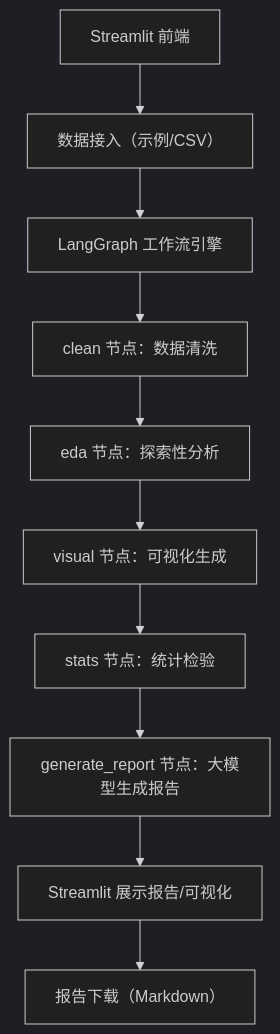
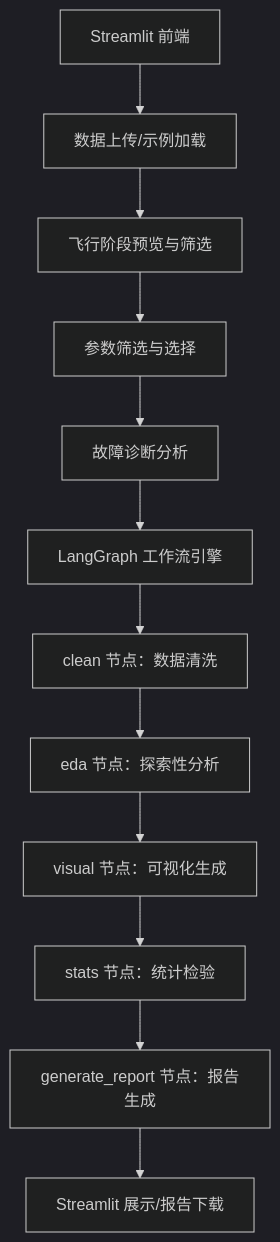
One commit to zgz-zhougz/Data-Processing-sz2507093- changed the diagram in README.md. Above: the diagram before and after it, drawn with Mermaid (dark theme). The commit also changed other lines of this file, not shown here.

````diff
--- a/README.md
+++ b/README.md
@@ -47,12 +62,14 @@
 ```mermaid
 graph TD
-    A[Streamlit 前端] --> B[数据接入（示例/CSV）]
-    B --> C[LangGraph 工作流引擎]
-    C --> C1[clean 节点：数据清洗]
-    C1 --> C2[eda 节点：探索性分析]
-    C2 --> C3[visual 节点：可视化生成]
-    C3 --> C4[stats 节点：统计检验]
-    C4 --> C5[generate_report 节点：大模型生成报告]
-    C5 --> D[Streamlit 展示报告/可视化]
-    D --> E[报告下载（Markdown）]
+    A[Streamlit 前端] --> B[数据上传/示例加载]
+    B --> C[飞行阶段预览与筛选]
+    C --> D[参数筛选与选择]
+    D --> E[故障诊断分析]
+    E --> F[LangGraph 工作流引擎]
+    F --> F1[clean 节点：数据清洗]
+    F1 --> F2[eda 节点：探索性分析]
+    F2 --> F3[visual 节点：可视化生成]
+    F3 --> F4[stats 节点：统计检验]
+    F4 --> F5[generate_report 节点：报告生成]
+    F5 --> G[Streamlit 展示/报告下载]
 ```
````
